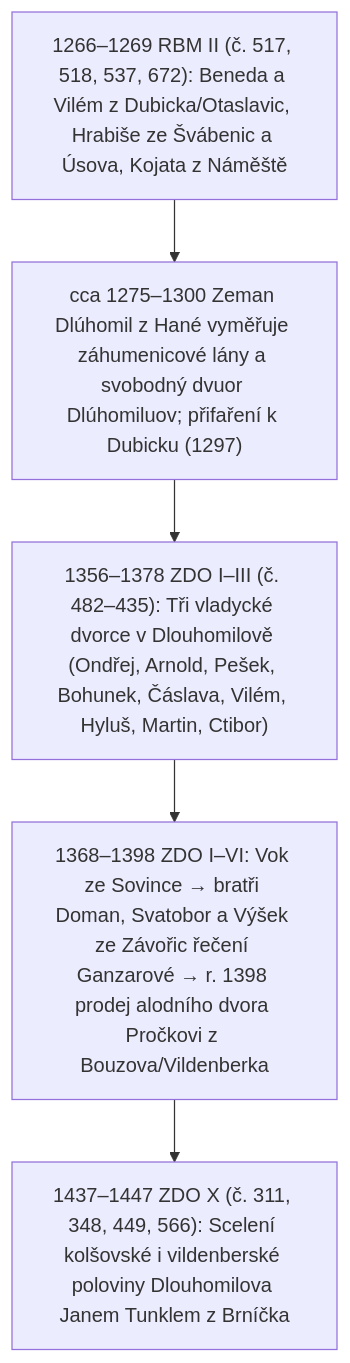
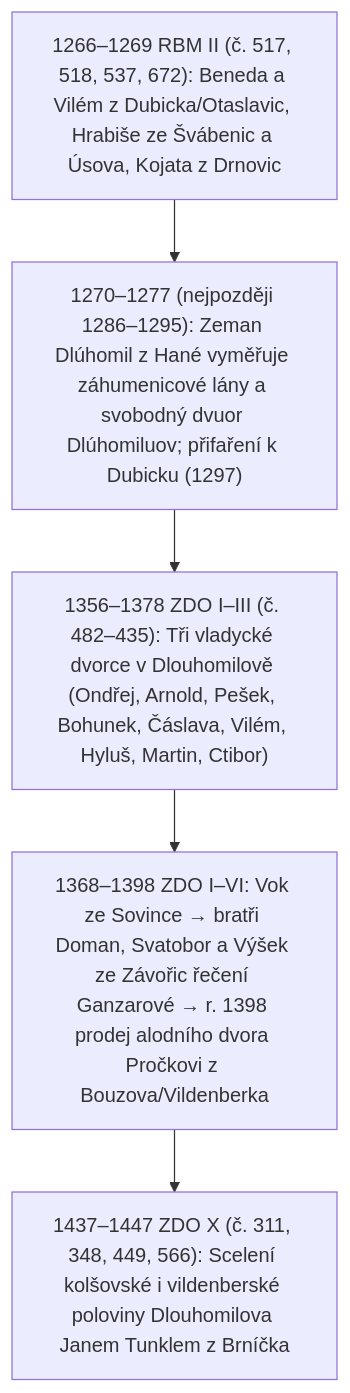
The diagram in docs/puvod_dluhomila_a_zdo_1356_1447.md (KarelBerka/Dlouhomilov), drawn with Mermaid before and after one commit. The commit also changed other lines of this file and 8 other files, not shown here.

````diff
--- a/docs/puvod_dluhomila_a_zdo_1356_1447.md
+++ b/docs/puvod_dluhomila_a_zdo_1356_1447.md
@@ -112,7 +198,7 @@
 ```mermaid
 flowchart TD
-  A["1266–1269 RBM II (č. 517, 518, 537, 672): Beneda a Vilém z Dubicka/Otaslavic, Hrabiše ze Švábenic a Úsova, Kojata z Náměště"] --> B["cca 1275–1300 Zeman Dlúhomil z Hané vyměřuje záhumenicové lány a svobodný dvuor Dlúhomiluov; přifaření k Dubicku (1297)"]
+  A["1266–1269 RBM II (č. 517, 518, 537, 672): Beneda a Vilém z Dubicka/Otaslavic, Hrabiše ze Švábenic a Úsova, Kojata z Drnovic"] --> B["1270–1277 (nejpozději 1286–1295): Zeman Dlúhomil z Hané vyměřuje záhumenicové lány a svobodný dvuor Dlúhomiluov; přifaření k Dubicku (1297)"]
   B --> C["1356–1378 ZDO I–III (č. 482–435): Tři vladycké dvorce v Dlouhomilově (Ondřej, Arnold, Pešek, Bohunek, Čáslava, Vilém, Hyluš, Martin, Ctibor)"]
   C --> D["1368–1398 ZDO I–VI: Vok ze Sovince → bratři Doman, Svatobor a Výšek ze Závořic řečení Ganzarové → r. 1398 prodej alodního dvora Pročkovi z Bouzova/Vildenberka"]
   D --> E["1437–1447 ZDO X (č. 311, 348, 449, 566): Scelení kolšovské i vildenberské poloviny Dlouhomilova Janem Tunklem z Brníčka"]
 ```
````
